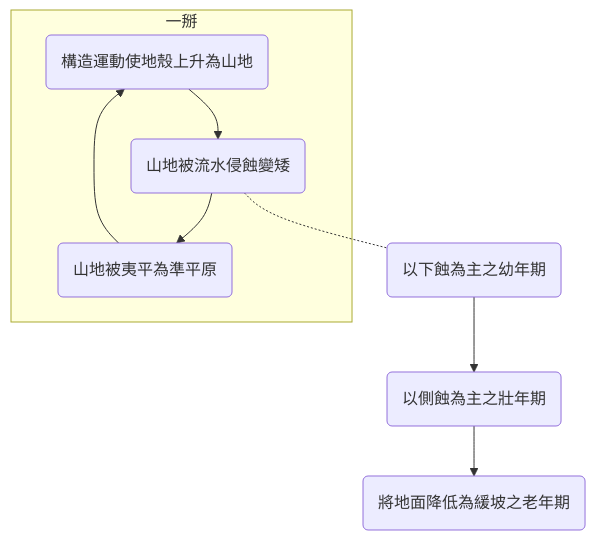
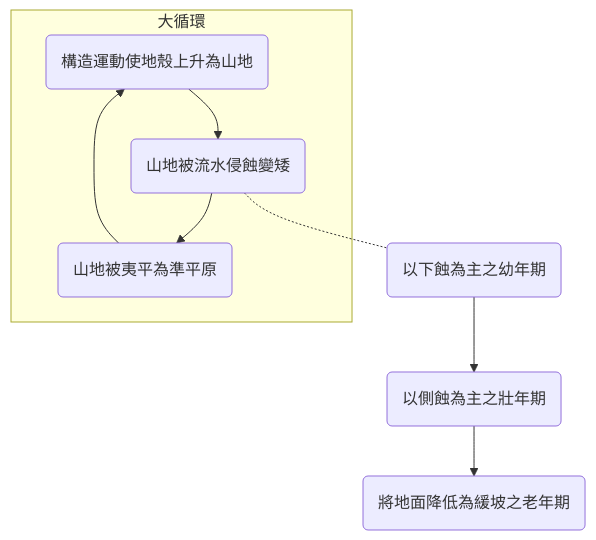
Before and after one commit to Ethane1755/Obsidian: the diagram in Zettelkasten/侵蝕輪迴論.md, drawn with Mermaid.

Commit message:
Obsidian Backup 2021-08-28 19:41

````diff
--- a/Zettelkasten/侵蝕輪迴論.md
+++ b/Zettelkasten/侵蝕輪迴論.md
@@ -6,8 +6,9 @@
 ```mermaid
 graph TD
-subgraph 一掰
+subgraph 大循環
 id1(構造運動使地殼上升為山地)-->id2(山地被流水侵蝕變矮)-->id3(山地被夷平為準平原)-->id1
 end
 id2-.-id4(以下蝕為主之幼年期)
 id4-->id5(以側蝕為主之壯年期)-->id6(將地面降低為緩坡之老年期)
+style id4 fill:#
 ```
````
